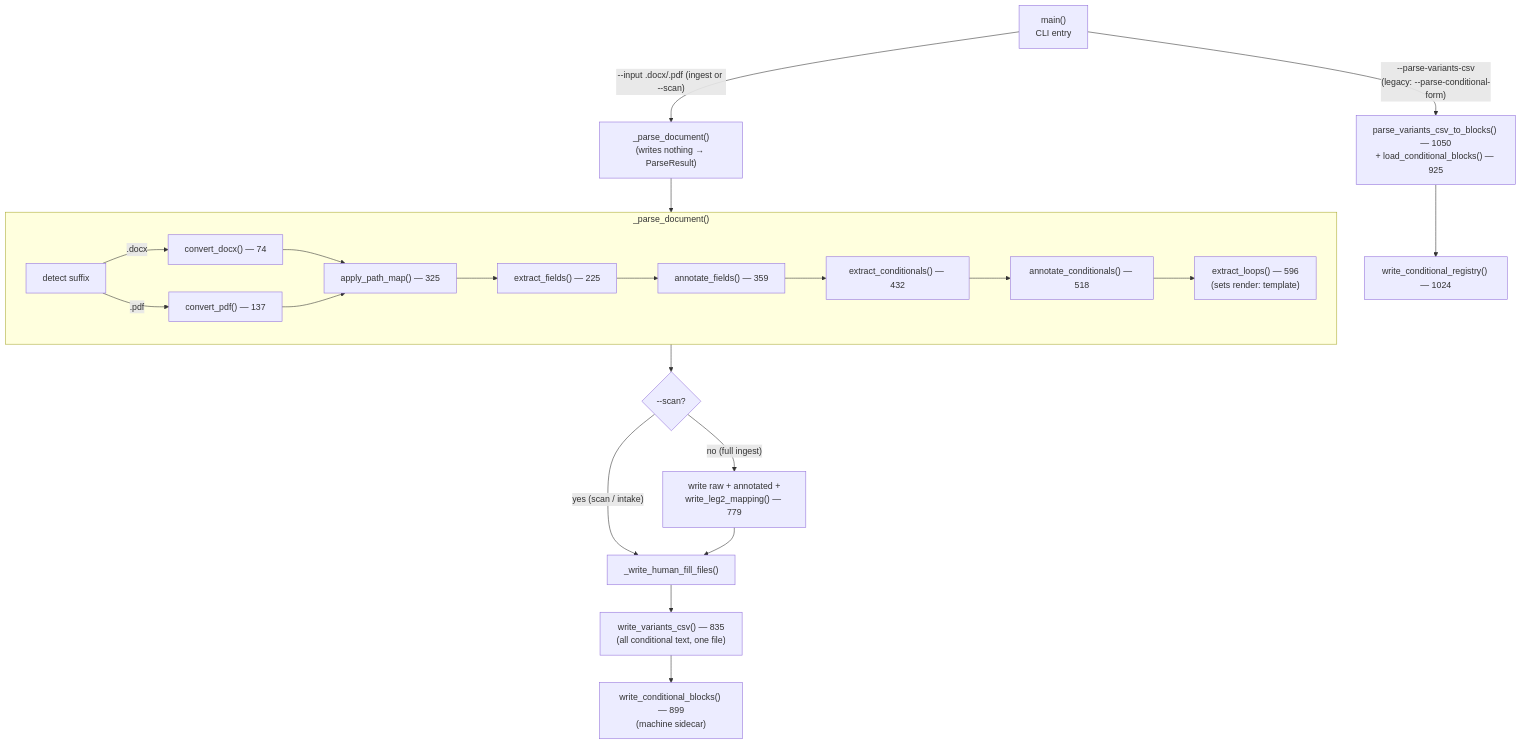
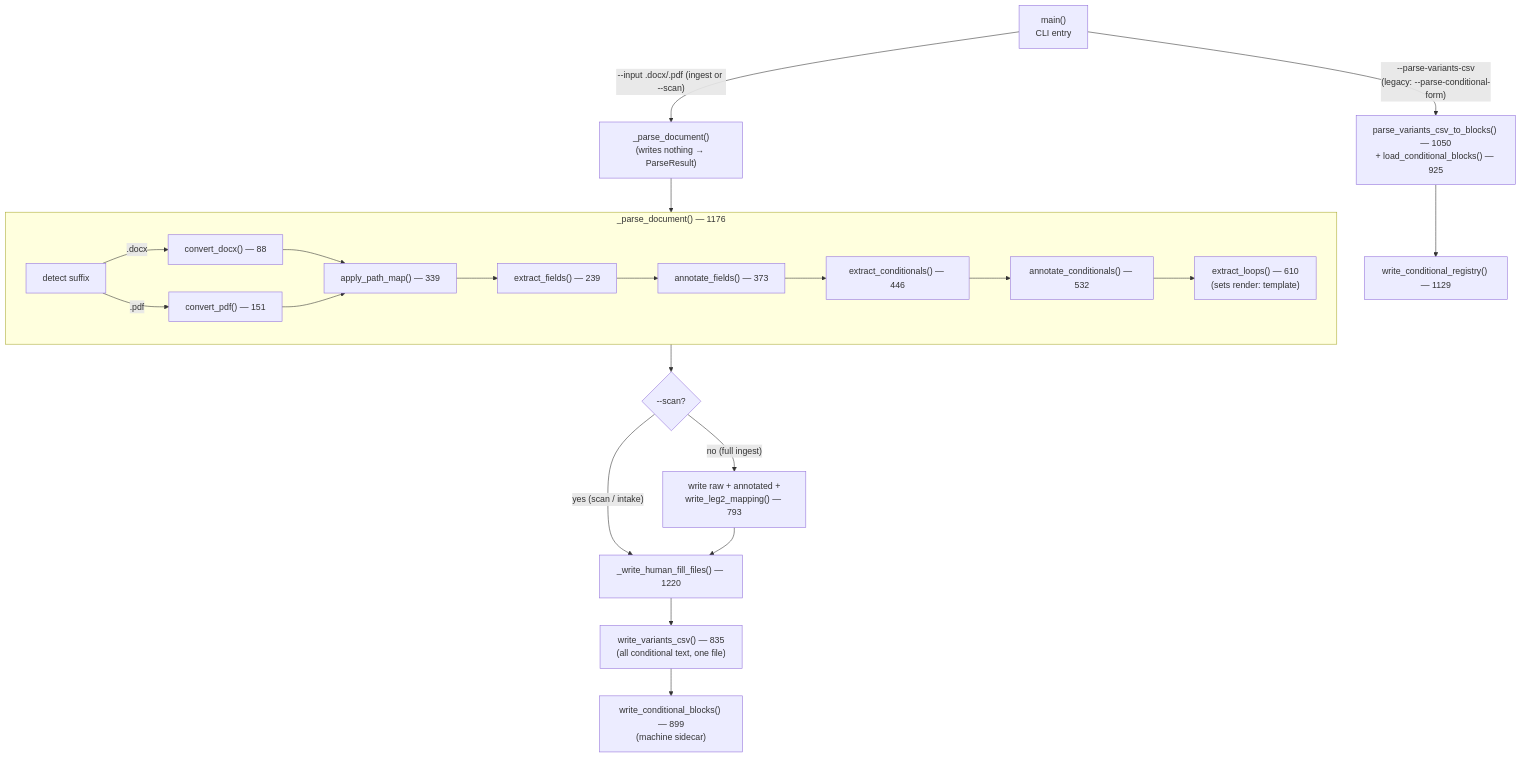
One commit to joshlawrence-web/socotra-document-conversion changed the first of 5 diagrams in docs/leg-internals.md. Above: the diagram before and after it, drawn with Mermaid. The commit also changed other lines of this file and 5 other files, not shown here.

First line of the commit message:
test(conditionals): migrate conditional-block tests to variants-only API

````diff
--- a/docs/leg-internals.md
+++ b/docs/leg-internals.md
@@ -16,27 +16,27 @@
 ```mermaid
 flowchart TD
   A["main()<br/>CLI entry"] -->|"--parse-variants-csv<br/>(legacy: --parse-conditional-form)"| B["parse_variants_csv_to_blocks() — 1050<br/>+ load_conditional_blocks() — 925"]
   A -->|"--input .docx/.pdf (ingest or --scan)"| P["_parse_document()<br/>(writes nothing → ParseResult)"]
 
-  subgraph PD["_parse_document()"]
+  subgraph PD["_parse_document() — 1176"]
     C["detect suffix"]
-    C -->|.docx| D["convert_docx() — 74"]
-    C -->|.pdf| E["convert_pdf() — 137"]
-    D --> F["apply_path_map() — 325"]
+    C -->|.docx| D["convert_docx() — 88"]
+    C -->|.pdf| E["convert_pdf() — 151"]
+    D --> F["apply_path_map() — 339"]
     E --> F
-    F --> G["extract_fields() — 225"]
-    G --> H["annotate_fields() — 359"]
-    H --> I["extract_conditionals() — 432"]
-    I --> J["annotate_conditionals() — 518"]
-    J --> K["extract_loops() — 596<br/>(sets render: template)"]
+    F --> G["extract_fields() — 239"]
+    G --> H["annotate_fields() — 373"]
+    H --> I["extract_conditionals() — 446"]
+    I --> J["annotate_conditionals() — 532"]
+    J --> K["extract_loops() — 610<br/>(sets render: template)"]
   end
 
   P --> PD
   PD --> Q{--scan?}
-  Q -->|"yes (scan / intake)"| W["_write_human_fill_files()"]
-  Q -->|"no (full ingest)"| L["write raw + annotated +<br/>write_leg2_mapping() — 779"]
+  Q -->|"yes (scan / intake)"| W["_write_human_fill_files() — 1220"]
+  Q -->|"no (full ingest)"| L["write raw + annotated +<br/>write_leg2_mapping() — 793"]
   L --> W
   W --> M["write_variants_csv() — 835<br/>(all conditional text, one file)"]
   M --> N["write_conditional_blocks() — 899<br/>(machine sidecar)"]
-  B --> O["write_conditional_registry() — 1024"]
+  B --> O["write_conditional_registry() — 1129"]
 ```
````
